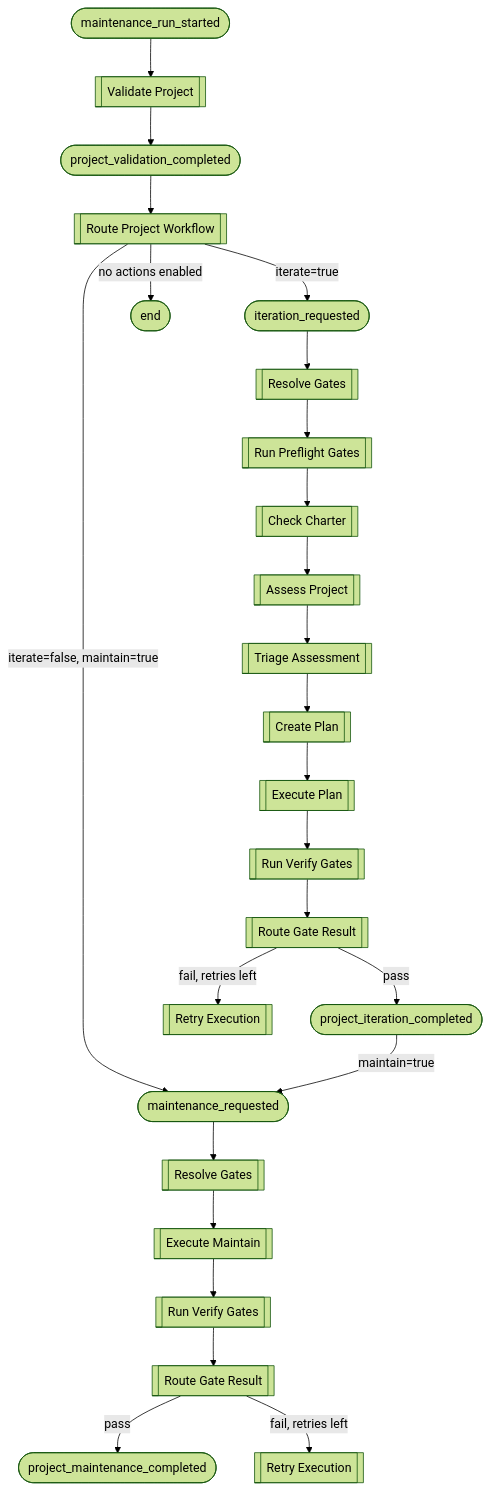
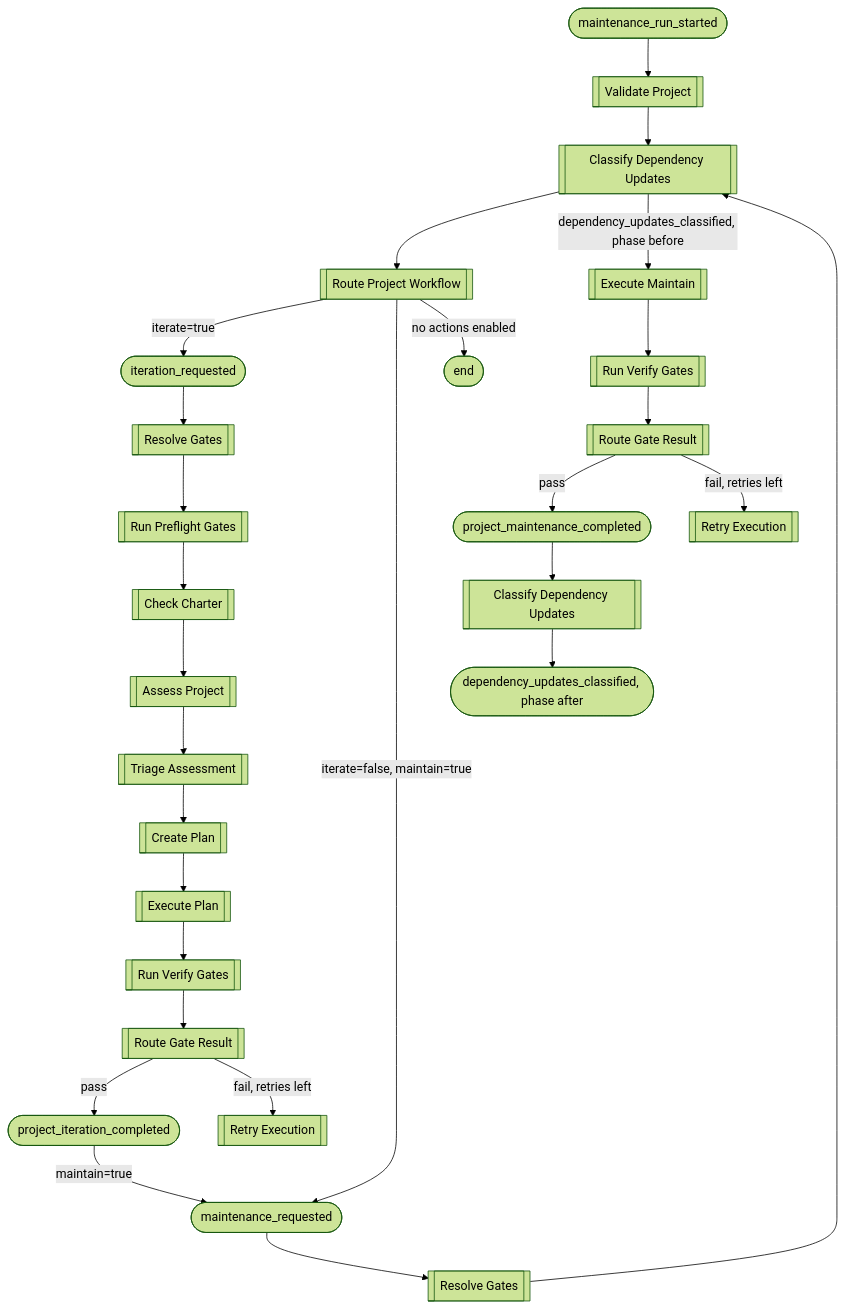
The diagram in book/src/guide/maintenance-workflow.md (svetzal/foundry), drawn with Mermaid (forest theme) before and after one commit. The commit also changed other lines of this file and 9 other files, not shown here.

````diff
--- a/book/src/guide/maintenance-workflow.md
+++ b/book/src/guide/maintenance-workflow.md
@@ -16,27 +16,30 @@
 ```mermaid
 flowchart TD
     A([maintenance_run_started]) --> B[[Validate Project]]
     B --> C([project_validation_completed])
     C --> D[[Route Project Workflow]]
     D -->|iterate=true| E([iteration_requested])
     D -->|iterate=false, maintain=true| F([maintenance_requested])
     D -->|no actions enabled| G([end])
     E --> H[[Resolve Gates]]
     H --> I[[Run Preflight Gates]]
     I --> J[[Check Charter]]
     J --> K[[Assess Project]]
     K --> L[[Triage Assessment]]
     L --> M[[Create Plan]]
     M --> N[[Execute Plan]]
     N --> O[[Run Verify Gates]]
     O --> P[[Route Gate Result]]
     P -->|pass| Q([project_iteration_completed])
     P -->|fail, retries left| R[[Retry Execution]]
     Q -->|maintain=true| F
     F --> S[[Resolve Gates]]
-    S --> T[[Execute Maintain]]
+    S --> C[[Classify Dependency Updates]]
+    C -->|dependency_updates_classified, phase before| T[[Execute Maintain]]
     T --> U[[Run Verify Gates]]
     U --> V[[Route Gate Result]]
     V -->|pass| W([project_maintenance_completed])
     V -->|fail, retries left| X[[Retry Execution]]
+    W --> C2[[Classify Dependency Updates]]
+    C2 --> Y([dependency_updates_classified, phase after])
 ```
````
